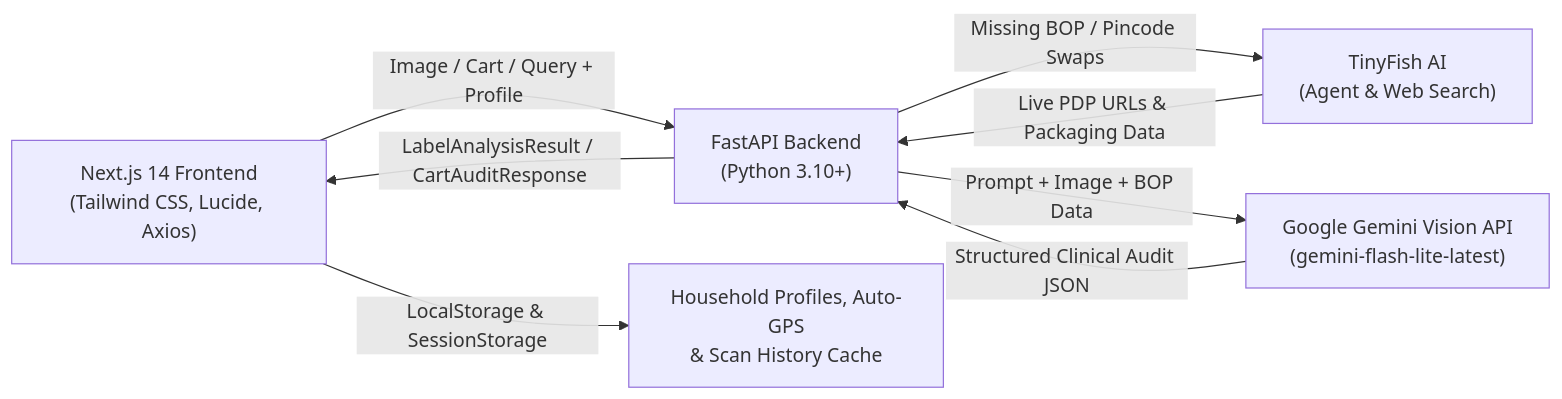
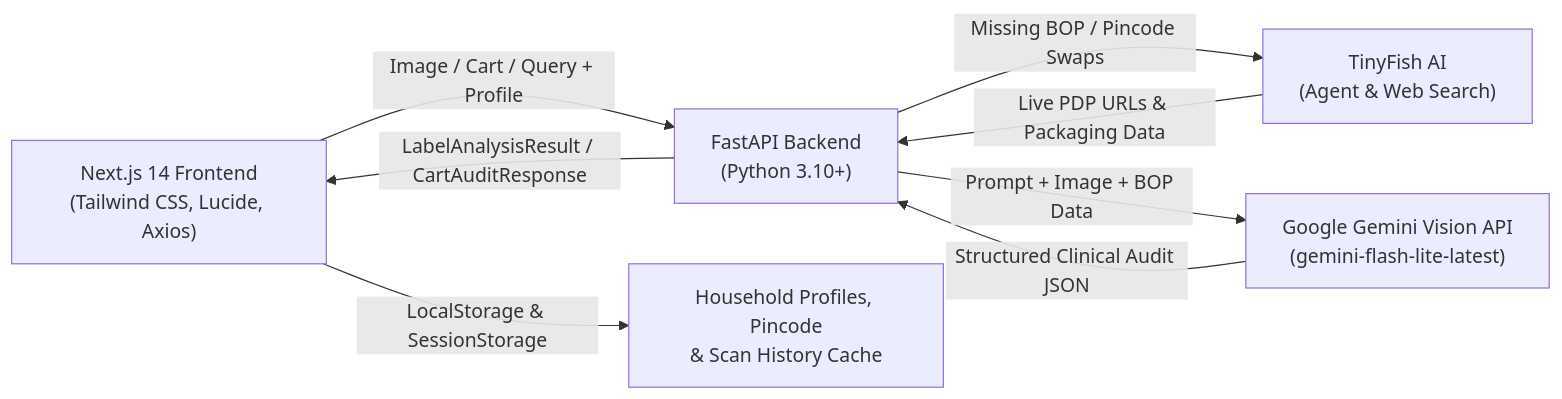
Before and after one commit to palakaggarwal27/LabelTruth: the diagram in README.md, drawn with Mermaid. The commit also changed other lines of this file and 12 other files, not shown here.

````diff
--- a/README.md
+++ b/README.md
@@ -92,10 +92,10 @@
 ```mermaid
 flowchart LR
     A["Next.js 14 Frontend<br/>(Tailwind CSS, Lucide, Axios)"] -->|"Image / Cart / Query + Profile"| B["FastAPI Backend<br/>(Python 3.10+)"]
     B -->|"Missing BOP / Pincode Swaps"| E["TinyFish AI<br/>(Agent & Web Search)"]
     E -->|"Live PDP URLs & Packaging Data"| B
     B -->|"Prompt + Image + BOP Data"| C["Google Gemini Vision API<br/>(gemini-flash-lite-latest)"]
     C -->|"Structured Clinical Audit JSON"| B
     B -->|"LabelAnalysisResult / CartAuditResponse"| A
-    A -->|"LocalStorage & SessionStorage"| D["Household Profiles, Auto-GPS<br/>& Scan History Cache"]
+    A -->|"LocalStorage & SessionStorage"| D["Household Profiles, Pincode<br/>& Scan History Cache"]
 ```
````
